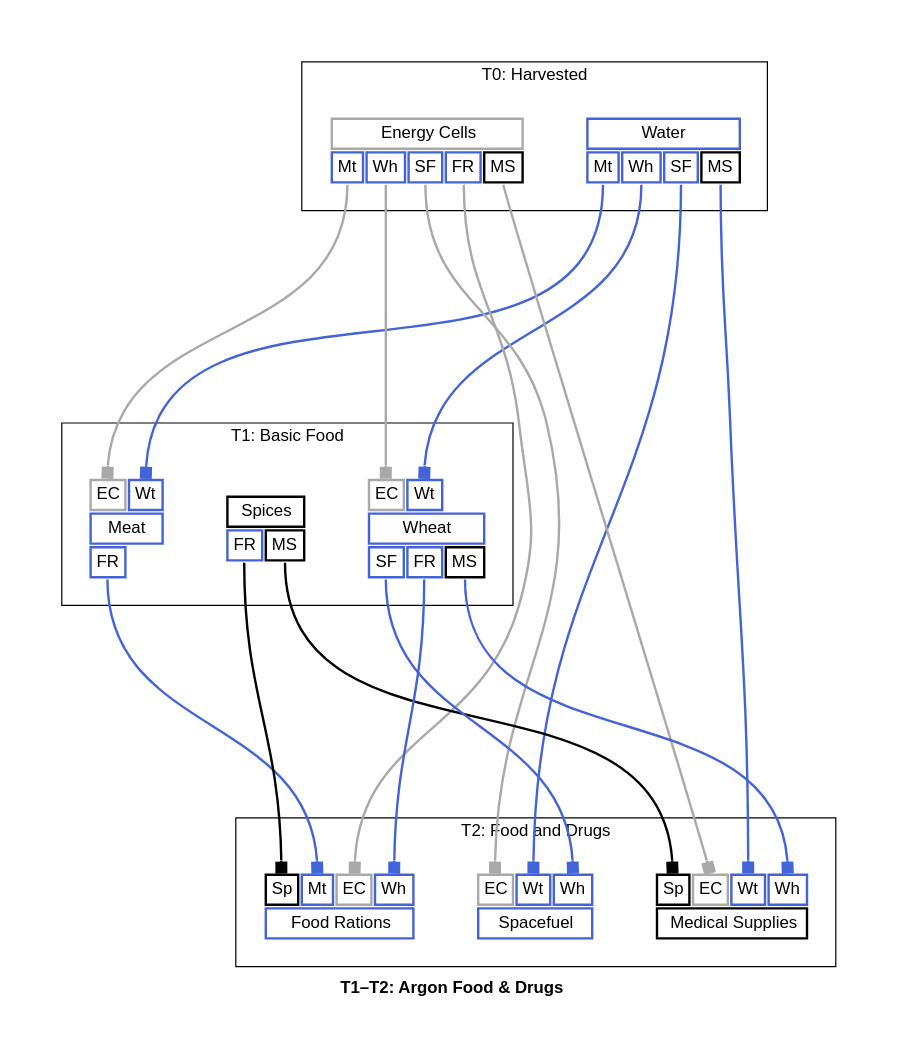
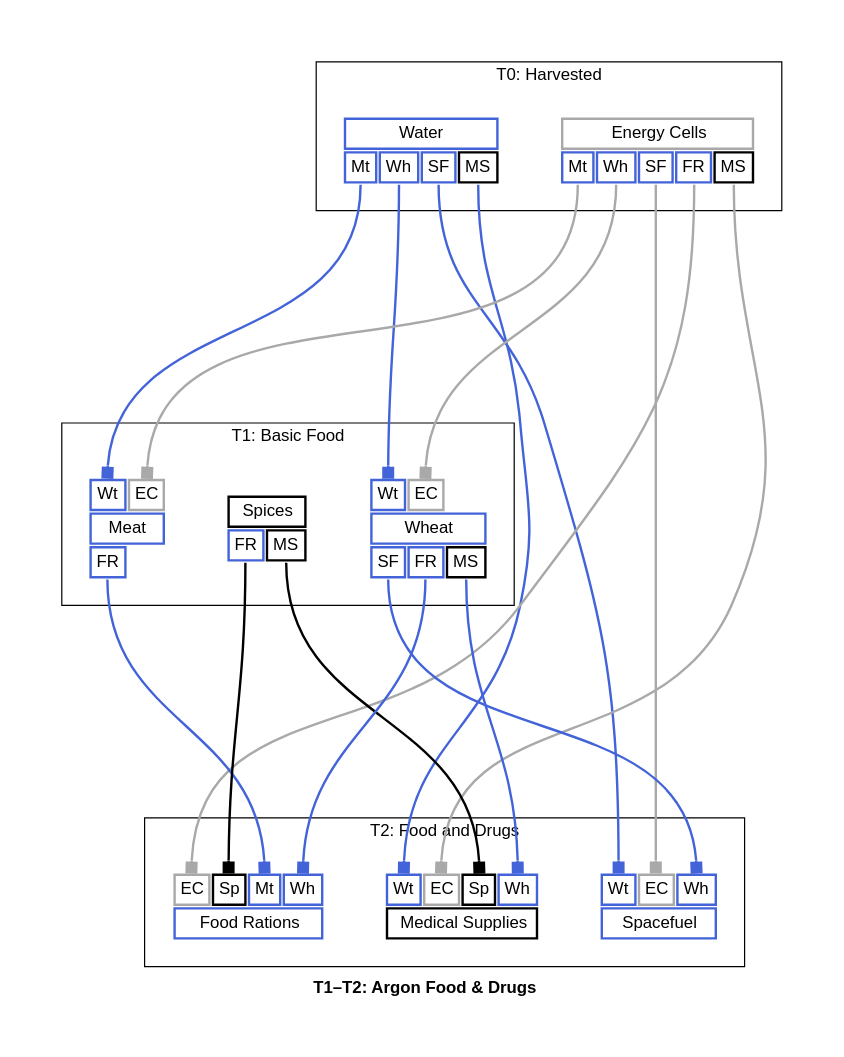
The diagram in docs/t1_t2_argon_food_drugs_graph_full.dot (borntyping/x4-diagrams), drawn with Graphviz before and after one commit. The commit also changed other lines of this file and 46 other files, not shown here.

```diff
--- a/docs/t1_t2_argon_food_drugs_graph_full.dot
+++ b/docs/t1_t2_argon_food_drugs_graph_full.dot
@@ -1,188 +1,188 @@
 digraph "X4 Economy" {
 	edge [arrowType=normal]
 	compound=true fontname="Helvetica,Arial,sans-serif"
 	label=<<b>T1–T2: Argon Food &amp; Drugs</b>>
 	graph [nodesep=0.3 pad=0.5 ranksep=3]
 	node [color=slategray1 fontname="Helvetica,Arial,sans-serif" margin=0.2 penwidth=2.0 shape=plaintext]
 	edge [arrowhead=normal arrowsize=1.0 fontname="Helvetica,Arial,sans-serif" headport=n penwidth=2.0 tailport=s]
 	subgraph 0 {
 		cluster=true label="T0: Harvested"
 		water [label=<<table border="0" cellborder="2" cellpadding="4" cellspacing="1" fixedsize="false" id="water" port="output">
   
   <tr>
     <td align="text" bgcolor="white" color="#4363d8" colspan="4">Water</td>
   </tr>
   
     <tr>
       
         <td align="text" bgcolor="white" color="#4363d8" port="meat">Mt</td>
       
         <td align="text" bgcolor="white" color="#4363d8" port="wheat">Wh</td>
       
         <td align="text" bgcolor="white" color="#4363d8" port="spacefuel">SF</td>
       
         <td align="text" bgcolor="white" color="#000000" port="medical_supplies">MS</td>
       
     </tr>
   
 </table>>]
 		energy_cells [label=<<table border="0" cellborder="2" cellpadding="4" cellspacing="1" fixedsize="false" id="energy_cells" port="output">
   
   <tr>
     <td align="text" bgcolor="white" color="#a9a9a9" colspan="5">Energy Cells</td>
   </tr>
   
     <tr>
       
         <td align="text" bgcolor="white" color="#4363d8" port="meat">Mt</td>
       
         <td align="text" bgcolor="white" color="#4363d8" port="wheat">Wh</td>
       
         <td align="text" bgcolor="white" color="#4363d8" port="spacefuel">SF</td>
       
         <td align="text" bgcolor="white" color="#4363d8" port="food_rations">FR</td>
       
         <td align="text" bgcolor="white" color="#000000" port="medical_supplies">MS</td>
       
     </tr>
   
 </table>>]
 	}
 	subgraph 1 {
 		cluster=true label="T1: Basic Food"
 		meat [label=<<table border="0" cellborder="2" cellpadding="4" cellspacing="1" fixedsize="false" id="meat" port="output">
   
     <tr>
       
+        <td align="text" bgcolor="white" color="#4363d8" port="water">Wt</td>
+      
         <td align="text" bgcolor="white" color="#a9a9a9" port="energy_cells">EC</td>
-      
-        <td align="text" bgcolor="white" color="#4363d8" port="water">Wt</td>
       
     </tr>
   
   <tr>
     <td align="text" bgcolor="white" color="#4363d8" colspan="2">Meat</td>
   </tr>
   
     <tr>
       
         <td align="text" bgcolor="white" color="#4363d8" port="food_rations">FR</td>
       
     </tr>
   
 </table>>]
 		spices [label=<<table border="0" cellborder="2" cellpadding="4" cellspacing="1" fixedsize="false" id="spices" port="output">
   
   <tr>
     <td align="text" bgcolor="white" color="#000000" colspan="2">Spices</td>
   </tr>
   
     <tr>
       
         <td align="text" bgcolor="white" color="#4363d8" port="food_rations">FR</td>
       
         <td align="text" bgcolor="white" color="#000000" port="medical_supplies">MS</td>
       
     </tr>
   
 </table>>]
 		wheat [label=<<table border="0" cellborder="2" cellpadding="4" cellspacing="1" fixedsize="false" id="wheat" port="output">
   
     <tr>
       
+        <td align="text" bgcolor="white" color="#4363d8" port="water">Wt</td>
+      
         <td align="text" bgcolor="white" color="#a9a9a9" port="energy_cells">EC</td>
-      
-        <td align="text" bgcolor="white" color="#4363d8" port="water">Wt</td>
       
     </tr>
   
   <tr>
     <td align="text" bgcolor="white" color="#4363d8" colspan="3">Wheat</td>
   </tr>
   
     <tr>
       
         <td align="text" bgcolor="white" color="#4363d8" port="spacefuel">SF</td>
       
         <td align="text" bgcolor="white" color="#4363d8" port="food_rations">FR</td>
       
         <td align="text" bgcolor="white" color="#000000" port="medical_supplies">MS</td>
       
     </tr>
   
 </table>>]
 	}
 	subgraph 2 {
 		cluster=true label="T2: Food and Drugs"
 		spacefuel [label=<<table border="0" cellborder="2" cellpadding="4" cellspacing="1" fixedsize="false" id="spacefuel" port="output">
   
     <tr>
       
+        <td align="text" bgcolor="white" color="#4363d8" port="water">Wt</td>
+      
         <td align="text" bgcolor="white" color="#a9a9a9" port="energy_cells">EC</td>
-      
-        <td align="text" bgcolor="white" color="#4363d8" port="water">Wt</td>
       
         <td align="text" bgcolor="white" color="#4363d8" port="wheat">Wh</td>
       
     </tr>
   
   <tr>
     <td align="text" bgcolor="white" color="#4363d8" colspan="3">Spacefuel</td>
   </tr>
   
 </table>>]
 		food_rations [label=<<table border="0" cellborder="2" cellpadding="4" cellspacing="1" fixedsize="false" id="food_rations" port="output">
   
     <tr>
       
+        <td align="text" bgcolor="white" color="#a9a9a9" port="energy_cells">EC</td>
+      
         <td align="text" bgcolor="white" color="#000000" port="spices">Sp</td>
       
         <td align="text" bgcolor="white" color="#4363d8" port="meat">Mt</td>
-      
-        <td align="text" bgcolor="white" color="#a9a9a9" port="energy_cells">EC</td>
       
         <td align="text" bgcolor="white" color="#4363d8" port="wheat">Wh</td>
       
     </tr>
   
   <tr>
     <td align="text" bgcolor="white" color="#4363d8" colspan="4">Food Rations</td>
   </tr>
   
 </table>>]
 		medical_supplies [label=<<table border="0" cellborder="2" cellpadding="4" cellspacing="1" fixedsize="false" id="medical_supplies" port="output">
   
     <tr>
       
-        <td align="text" bgcolor="white" color="#000000" port="spices">Sp</td>
+        <td align="text" bgcolor="white" color="#4363d8" port="water">Wt</td>
       
         <td align="text" bgcolor="white" color="#a9a9a9" port="energy_cells">EC</td>
       
-        <td align="text" bgcolor="white" color="#4363d8" port="water">Wt</td>
+        <td align="text" bgcolor="white" color="#000000" port="spices">Sp</td>
       
         <td align="text" bgcolor="white" color="#4363d8" port="wheat">Wh</td>
       
     </tr>
   
   <tr>
     <td align="text" bgcolor="white" color="#000000" colspan="4">Medical Supplies</td>
   </tr>
   
 </table>>]
 	}
 	energy_cells:meat:s -> meat:energy_cells:n [arrowhead=box color="#a9a9a9" weight=1.0]
 	water:meat:s -> meat:water:n [arrowhead=box color="#4363d8" weight=1.0]
 	energy_cells:wheat:s -> wheat:energy_cells:n [arrowhead=box color="#a9a9a9" weight=1.0]
 	water:wheat:s -> wheat:water:n [arrowhead=box color="#4363d8" weight=1.0]
 	energy_cells:spacefuel:s -> spacefuel:energy_cells:n [arrowhead=box color="#a9a9a9" weight=1.0]
 	water:spacefuel:s -> spacefuel:water:n [arrowhead=box color="#4363d8" weight=1.0]
 	wheat:spacefuel:s -> spacefuel:wheat:n [arrowhead=box color="#4363d8" weight=1.0]
 	energy_cells:food_rations:s -> food_rations:energy_cells:n [arrowhead=box color="#a9a9a9" weight=1.0]
 	meat:food_rations:s -> food_rations:meat:n [arrowhead=box color="#4363d8" weight=1.0]
 	spices:food_rations:s -> food_rations:spices:n [arrowhead=box color="#000000" weight=1.0]
 	wheat:food_rations:s -> food_rations:wheat:n [arrowhead=box color="#4363d8" weight=1.0]
 	energy_cells:medical_supplies:s -> medical_supplies:energy_cells:n [arrowhead=box color="#a9a9a9" weight=1.0]
 	spices:medical_supplies:s -> medical_supplies:spices:n [arrowhead=box color="#000000" weight=1.0]
 	water:medical_supplies:s -> medical_supplies:water:n [arrowhead=box color="#4363d8" weight=1.0]
 	wheat:medical_supplies:s -> medical_supplies:wheat:n [arrowhead=box color="#4363d8" weight=1.0]
 }
```
